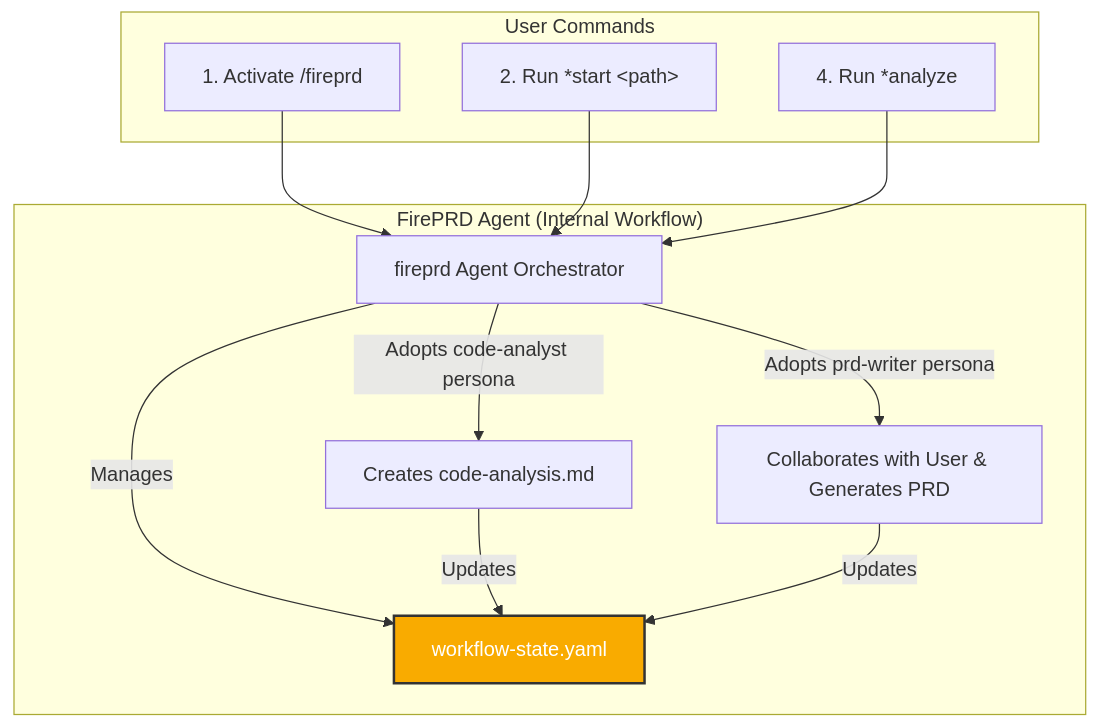
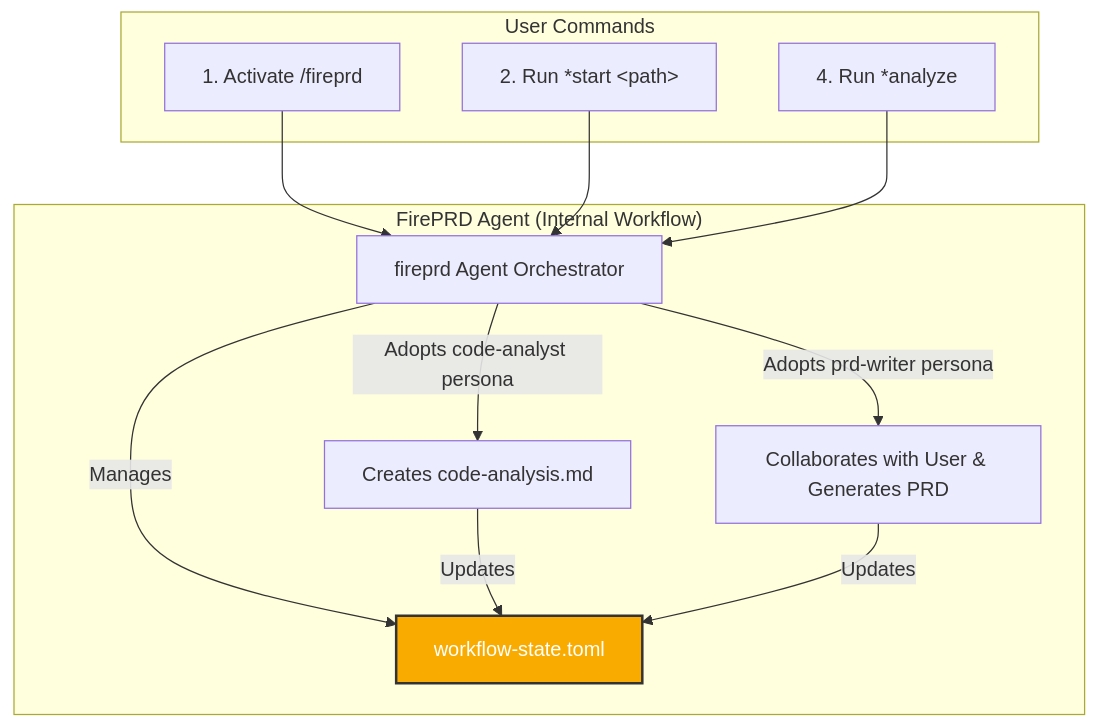
The diagram in ARCHITECTURE.md (ShipFail/FirePRD), drawn with Mermaid before and after one commit. The commit also changed other lines of this file and 19 other files, not shown here.

First line of the commit message:
Migrate FirePRD from YAML to TOML for all agent, state, template, and task files (#5)

````diff
--- a/ARCHITECTURE.md
+++ b/ARCHITECTURE.md
@@ -17,27 +17,27 @@
 ```mermaid
 graph TD
 subgraph User_Commands["User Commands"]
     A["1. Activate /fireprd"]
     B["2. Run *start &lt;path&gt;"]
     E["4. Run *analyze"]
   end
 
   subgraph FirePRD_Agent["FirePRD Agent (Internal Workflow)"]
     C["fireprd Agent Orchestrator"]
-    Z["workflow-state.yaml"]
+    Z["workflow-state.toml"]
     H["Creates code-analysis.md"]
     L["Collaborates with User & Generates PRD"]
 
     C -->|Manages| Z
     C -->|Adopts code-analyst persona| H
     H -->|Updates| Z
     C -->|Adopts prd-writer persona| L
     L -->|Updates| Z
   end
 
   A --> C
   B --> C
   E --> C
 
   style Z fill:#f9ab00,stroke:#333,stroke-width:2px,color:#fff
 ```
````
